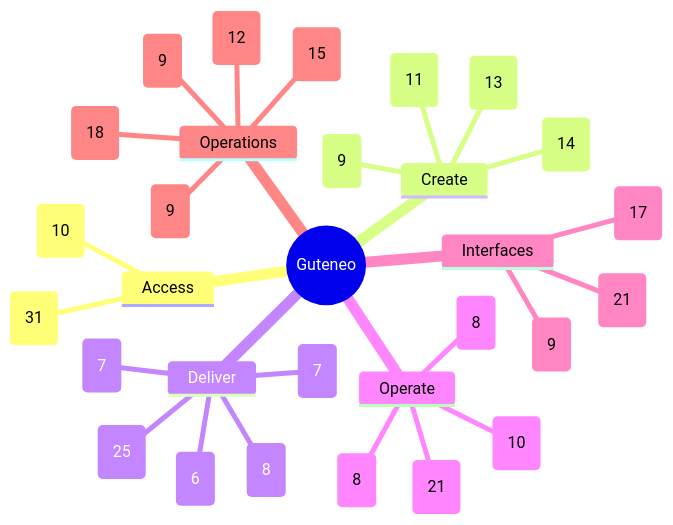
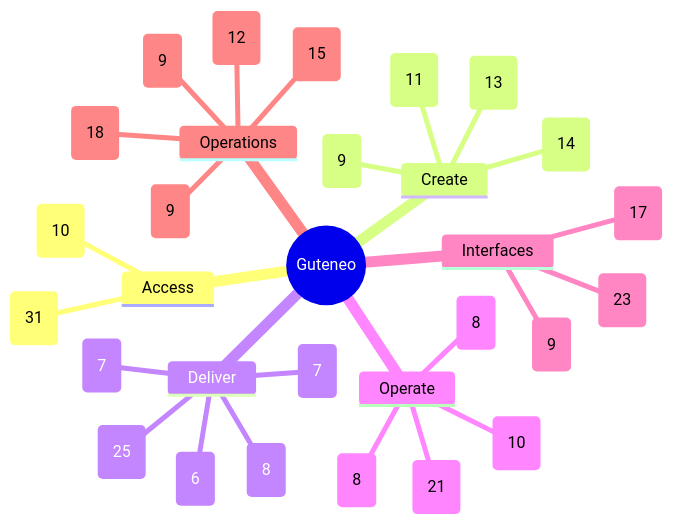
One commit to nclsppr/guteneo changed the diagram in docs/FEATURE_MAP.md. Above: the diagram before and after it, drawn with Mermaid. The commit also changed other lines of this file and 38 other files, not shown here.

````diff
--- a/docs/FEATURE_MAP.md
+++ b/docs/FEATURE_MAP.md
@@ -13,33 +13,33 @@
 ```mermaid
 mindmap
   root((Guteneo))
     Access
       Access and identity (31)
       Team and responsibilities (10)
     Create
       Documents and protection (13)
       Template studio (14)
       Data and mappings (9)
       PDF generation and distribution (11)
     Deliver
       Fax (6)
       Postal mail (8)
       Email and protected links (7)
       Sensitive distribution and personal documents (25)
       Dispatch dry run (7)
     Operate
       Campaigns and tracking (8)
       Credits and billing (8)
       Workspace layout and browser appearance (21)
       PDF verification (10)
     Interfaces
-      Assistants and API (21)
+      Assistants and API (23)
       iPhone and iPad (9)
       Public pages, languages and appearance (17)
     Operations
       Reviewer OAuth qualification (9)
       Operations and reliability (18)
       Belvédère platform oversight (9)
       Public service status (15)
       Engineering documentation (12)
 ```
````
